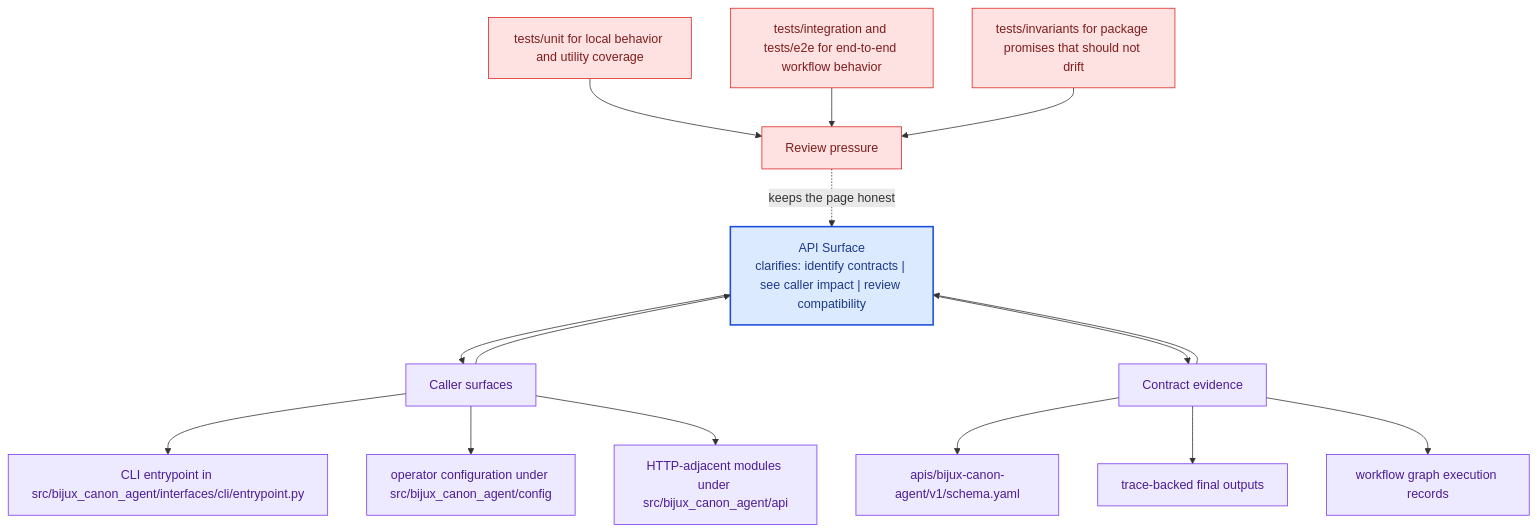
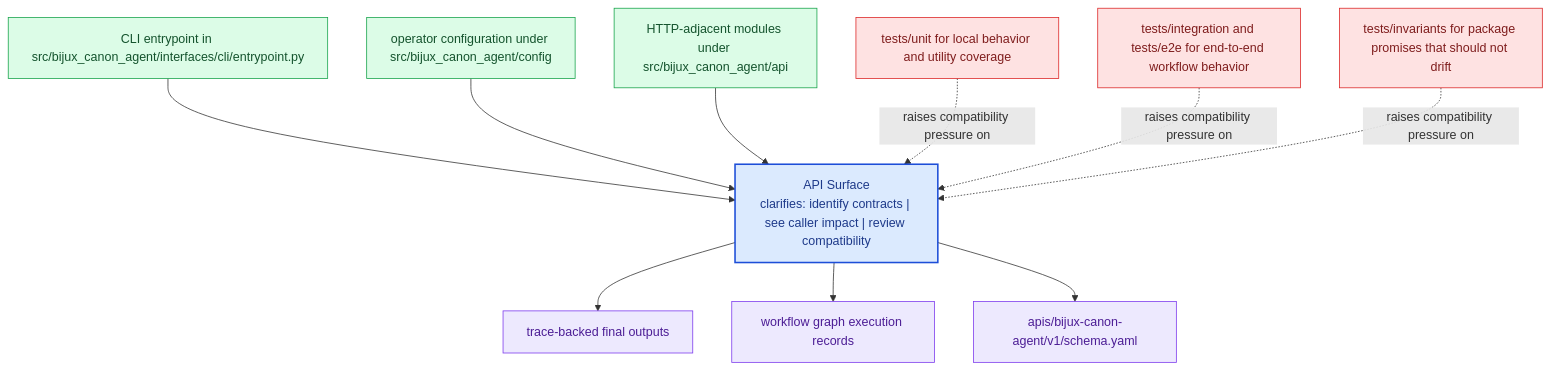
The diagram in docs/bijux-canon-agent/interfaces/api-surface.md (bijux/bijux-canon), drawn with Mermaid before and after one commit. The commit also changed other lines of this file and 281 other files, not shown here.

Commit message:
docs(diagrams): replace repeated mermaid scaffolds with page-specific summaries

````diff
--- a/docs/bijux-canon-agent/interfaces/api-surface.md
+++ b/docs/bijux-canon-agent/interfaces/api-surface.md
@@ -68,41 +23,31 @@
 ```mermaid
 flowchart TB
-    promise["API Surface<br/>clarifies: identify contracts | see caller impact | review compatibility"]
-    classDef promise fill:#dbeafe,stroke:#1d4ed8,color:#1e3a8a,stroke-width:2px;
-    classDef driver fill:#dcfce7,stroke:#16a34a,color:#14532d;
-    classDef constraint fill:#fee2e2,stroke:#dc2626,color:#7f1d1d;
-    classDef ground fill:#ede9fe,stroke:#7c3aed,color:#4c1d95;
-    focus1["Caller surfaces"]
-    focus1 --> promise
-    promise --> focus1
-    focus1_1["CLI entrypoint in src/bijux_canon_agent/interfaces/cli/entrypoint.py"]
-    focus1 --> focus1_1
-    focus1_2["operator configuration under src/bijux_canon_agent/config"]
-    focus1 --> focus1_2
-    focus1_3["HTTP-adjacent modules under src/bijux_canon_agent/api"]
-    focus1 --> focus1_3
-    class focus1 ground;
-    class focus1_1,focus1_2,focus1_3 ground;
-    focus2["Contract evidence"]
-    focus2 --> promise
-    promise --> focus2
-    focus2_1["apis/bijux-canon-agent/v1/schema.yaml"]
-    focus2 --> focus2_1
-    focus2_2["trace-backed final outputs"]
-    focus2 --> focus2_2
-    focus2_3["workflow graph execution records"]
-    focus2 --> focus2_3
-    class focus2 ground;
-    class focus2_1,focus2_2,focus2_3 ground;
-    focus3["Review pressure"]
-    focus3 -.keeps the page honest.-> promise
-    focus3_1["tests/unit for local behavior and utility coverage"]
-    focus3_1 --> focus3
-    focus3_2["tests/integration and tests/e2e for end-to-end workflow behavior"]
-    focus3_2 --> focus3
-    focus3_3["tests/invariants for package promises that should not drift"]
-    focus3_3 --> focus3
-    class focus3 constraint;
-    class focus3_1,focus3_2,focus3_3 constraint;
-    class promise promise;
+    page["API Surface<br/>clarifies: identify contracts | see caller impact | review compatibility"]
+    classDef page fill:#dbeafe,stroke:#1d4ed8,color:#1e3a8a,stroke-width:2px;
+    classDef positive fill:#dcfce7,stroke:#16a34a,color:#14532d;
+    classDef caution fill:#fee2e2,stroke:#dc2626,color:#7f1d1d;
+    classDef anchor fill:#ede9fe,stroke:#7c3aed,color:#4c1d95;
+    classDef action fill:#fef3c7,stroke:#d97706,color:#7c2d12;
+    surface1["CLI entrypoint in src/bijux_canon_agent/interfaces/cli/entrypoint.py"]
+    surface1 --> page
+    surface2["operator configuration under src/bijux_canon_agent/config"]
+    surface2 --> page
+    surface3["HTTP-adjacent modules under src/bijux_canon_agent/api"]
+    surface3 --> page
+    proof1["trace-backed final outputs"]
+    page --> proof1
+    proof2["workflow graph execution records"]
+    page --> proof2
+    proof3["apis/bijux-canon-agent/v1/schema.yaml"]
+    page --> proof3
+    review1["tests/unit for local behavior and utility coverage"]
+    review1 -.raises compatibility pressure on.-> page
+    review2["tests/integration and tests/e2e for end-to-end workflow behavior"]
+    review2 -.raises compatibility pressure on.-> page
+    review3["tests/invariants for package promises that should not drift"]
+    review3 -.raises compatibility pressure on.-> page
+    class page page;
+    class surface1,surface2,surface3 positive;
+    class proof1,proof2,proof3 anchor;
+    class review1,review2,review3 caution;
 ```
````
